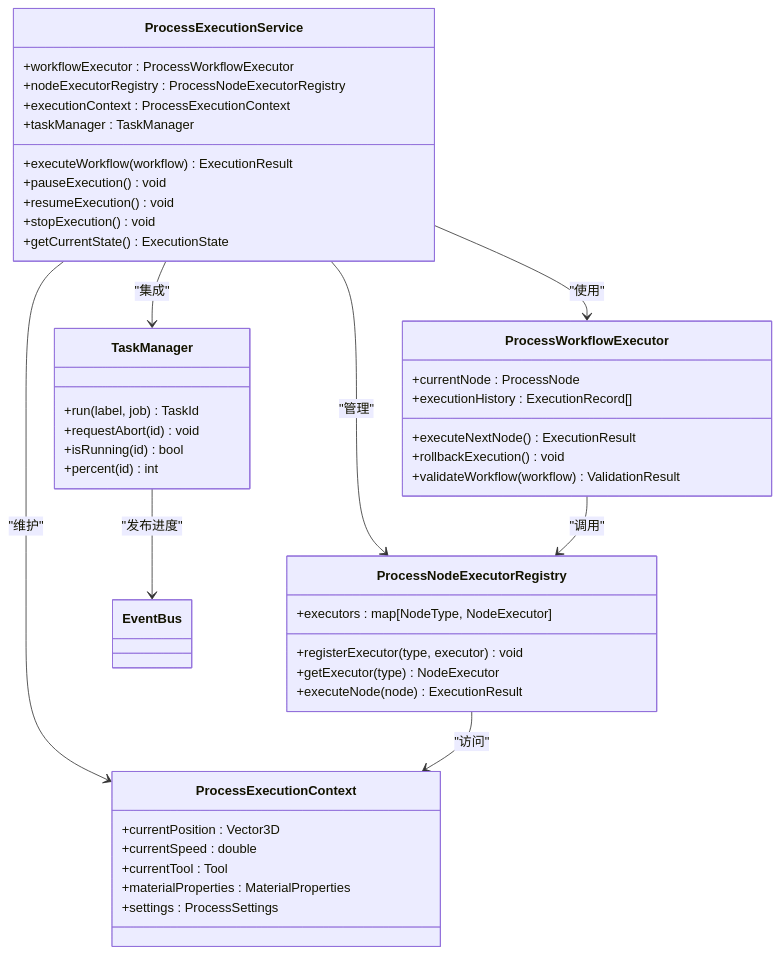
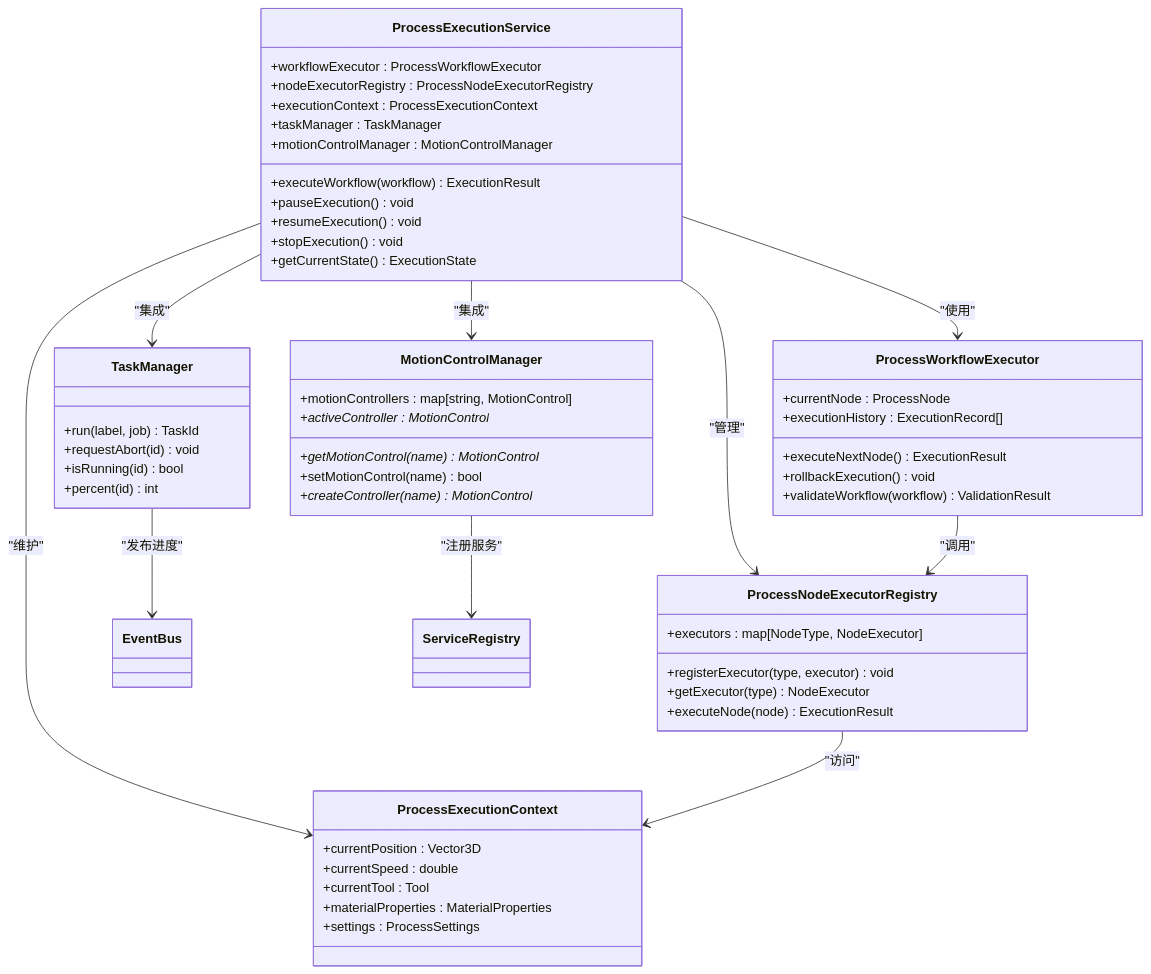
The fifth of 26 diagrams in .qoder/repowiki/zh/content/项目概述/模块设计/Process模块设计/Process模块服务管理架构改进.md (super1wang/LaserCNCv1.0), drawn with Mermaid before and after one commit. The commit also changed other lines of this file and 25 other files, not shown here.

````diff
--- a/.qoder/repowiki/zh/content/项目概述/模块设计/Process模块设计/Process模块服务管理架构改进.md
+++ b/.qoder/repowiki/zh/content/项目概述/模块设计/Process模块设计/Process模块服务管理架构改进.md
@@ -370,47 +418,57 @@
 ```mermaid
 classDiagram
 class ProcessExecutionService {
 +workflowExecutor : ProcessWorkflowExecutor
 +nodeExecutorRegistry : ProcessNodeExecutorRegistry
 +executionContext : ProcessExecutionContext
 +taskManager : TaskManager
++motionControlManager : MotionControlManager
 +executeWorkflow(workflow) ExecutionResult
 +pauseExecution() void
 +resumeExecution() void
 +stopExecution() void
 +getCurrentState() ExecutionState
 }
 class ProcessWorkflowExecutor {
 +currentNode : ProcessNode
 +executionHistory : ExecutionRecord[]
 +executeNextNode() ExecutionResult
 +rollbackExecution() void
 +validateWorkflow(workflow) ValidationResult
 }
 class ProcessNodeExecutorRegistry {
 +executors : map[NodeType, NodeExecutor]
 +registerExecutor(type, executor) void
 +getExecutor(type) NodeExecutor
 +executeNode(node) ExecutionResult
 }
 class ProcessExecutionContext {
 +currentPosition : Vector3D
 +currentSpeed : double
 +currentTool : Tool
 +materialProperties : MaterialProperties
 +settings : ProcessSettings
 }
 class TaskManager {
 +run(label, job) TaskId
 +requestAbort(id) void
 +isRunning(id) bool
 +percent(id) int
 }
+class MotionControlManager {
++motionControllers : map[string, MotionControl]
++activeController : MotionControl*
++getMotionControl(name) MotionControl*
++setMotionControl(name) bool
++createController(name) MotionControl*
+}
 ProcessExecutionService --> ProcessWorkflowExecutor : "使用"
 ProcessExecutionService --> ProcessNodeExecutorRegistry : "管理"
 ProcessExecutionService --> ProcessExecutionContext : "维护"
 ProcessExecutionService --> TaskManager : "集成"
+ProcessExecutionService --> MotionControlManager : "集成"
 ProcessWorkflowExecutor --> ProcessNodeExecutorRegistry : "调用"
 ProcessNodeExecutorRegistry --> ProcessExecutionContext : "访问"
 TaskManager --> EventBus : "发布进度"
+MotionControlManager --> ServiceRegistry : "注册服务"
 ```
````
